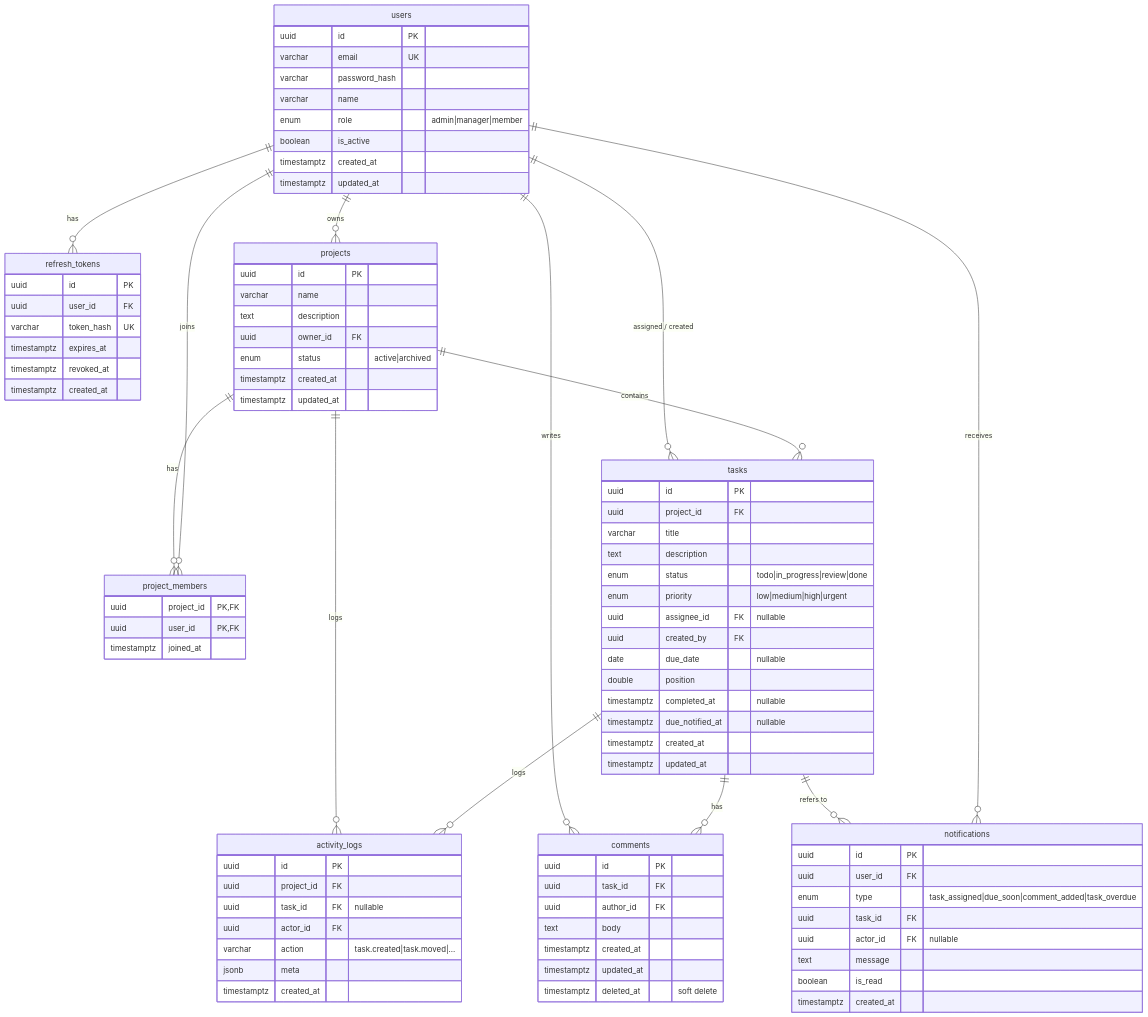
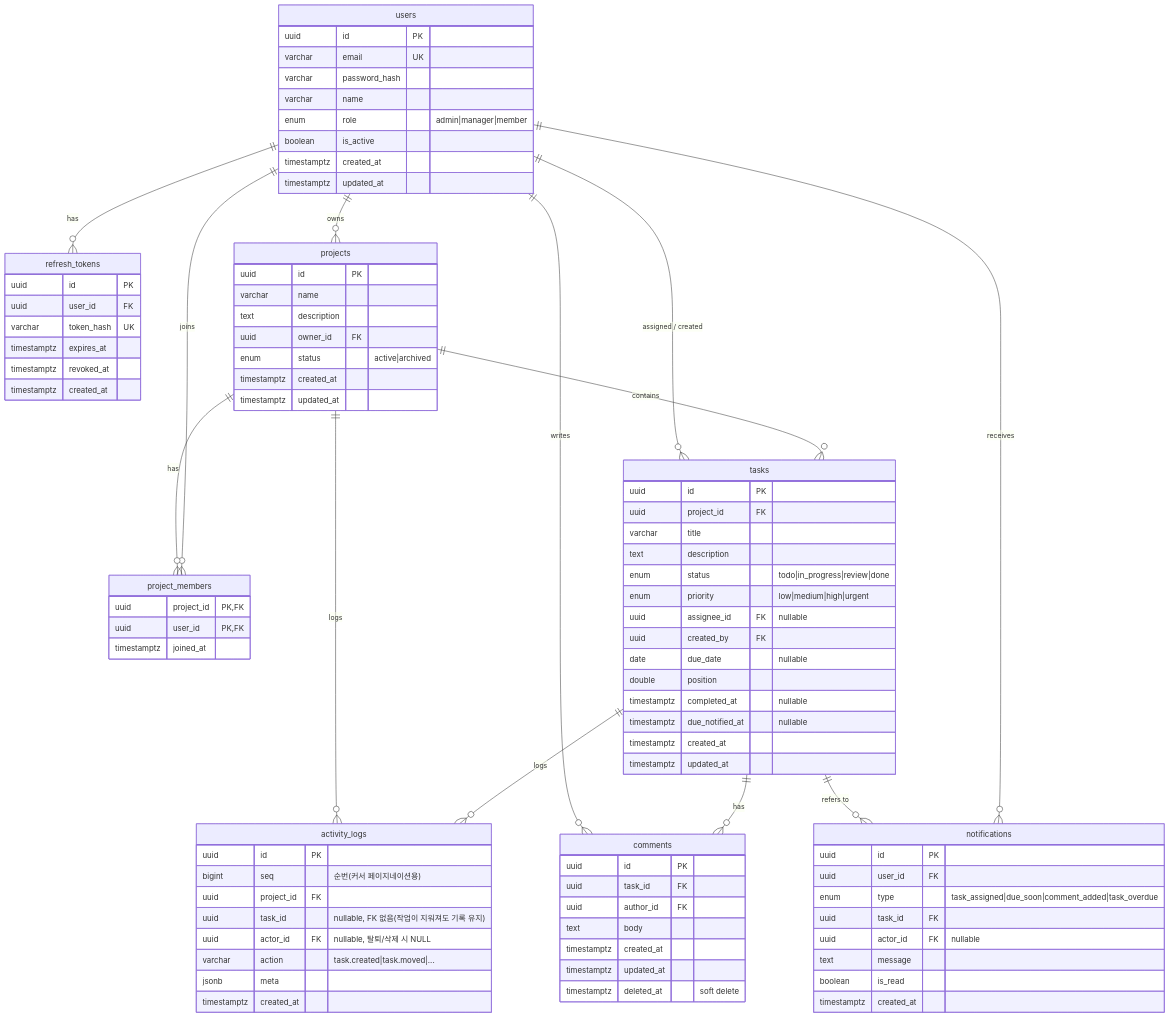
Before and after one commit to stulss/team-pm-app: the diagram in docs/DESIGN.md, drawn with Mermaid. The commit also changed other lines of this file and 25 other files, not shown here.

First line of the commit message:
feat(activity): project activity timeline and per-task change history (M10)

```diff
--- a/docs/DESIGN.md
+++ b/docs/DESIGN.md
@@ -132,9 +132,10 @@
     }
     activity_logs {
         uuid id PK
+        bigint seq "순번(커서 페이지네이션용)"
         uuid project_id FK
-        uuid task_id FK "nullable"
-        uuid actor_id FK
+        uuid task_id "nullable, FK 없음(작업이 지워져도 기록 유지)"
+        uuid actor_id FK "nullable, 탈퇴/삭제 시 NULL"
         varchar action "task.created|task.moved|..."
         jsonb meta
         timestamptz created_at
```
